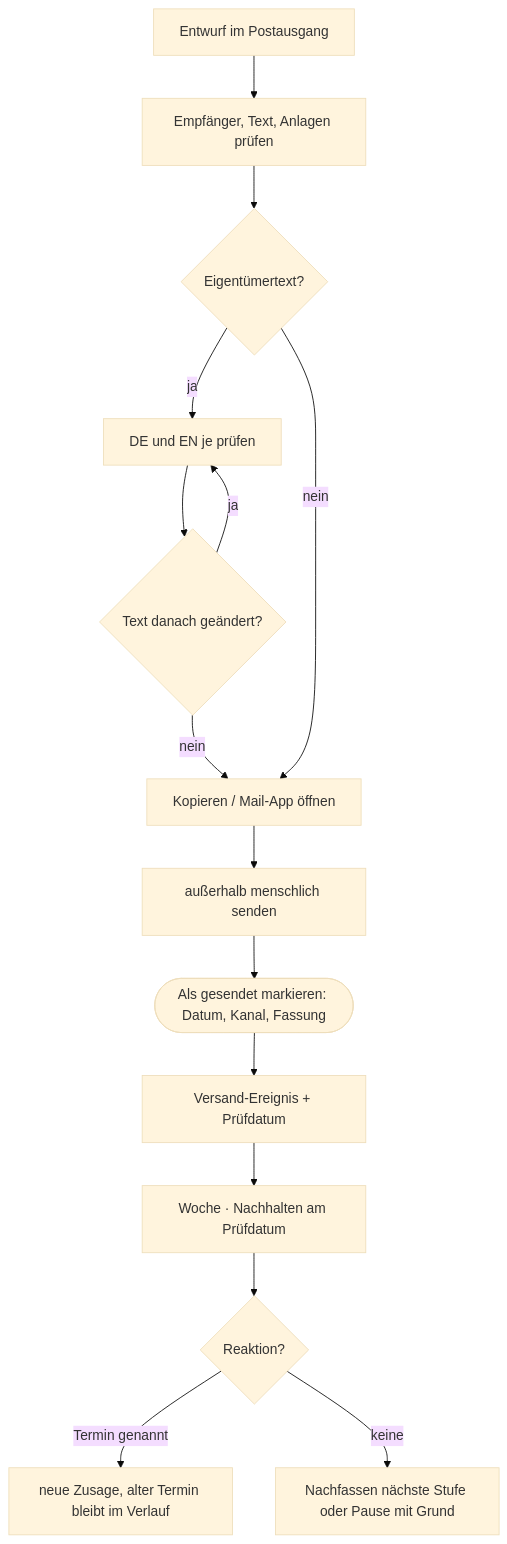
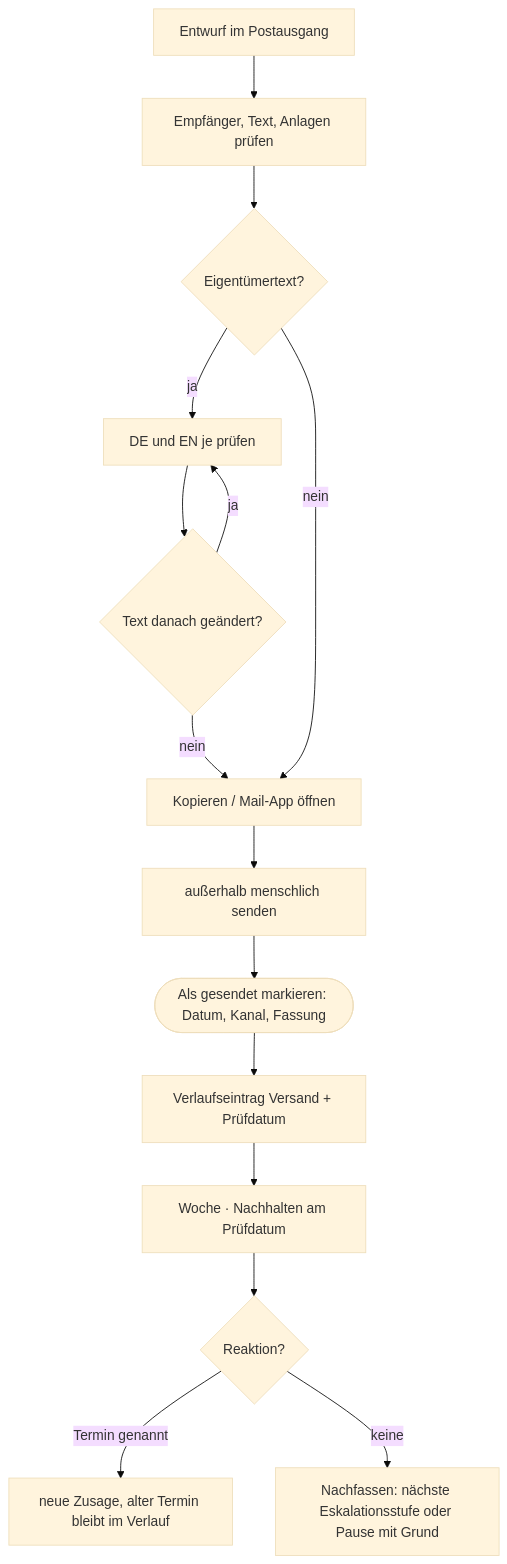
The diagram in docs/design/user-flows/FLOW-05 - Senden, dokumentieren und nachhalten.md (Luis85/weg-manager), drawn with Mermaid (base theme) before and after one commit. The commit also changed other lines of this file and 395 other files, not shown here.

````diff
--- a/docs/design/user-flows/FLOW-05 - Senden, dokumentieren und nachhalten.md
+++ b/docs/design/user-flows/FLOW-05 - Senden, dokumentieren und nachhalten.md
@@ -22,17 +22,17 @@
 ```mermaid
 flowchart TD
   A[Entwurf im Postausgang] --> B[Empfänger, Text, Anlagen prüfen]
   B --> C{Eigentümertext?}
   C -- ja --> D[DE und EN je prüfen]
   D --> D1{Text danach geändert?}
   D1 -- ja --> D
   D1 -- nein --> E
   C -- nein --> E[Kopieren / Mail-App öffnen]
   E --> F[außerhalb menschlich senden]
   F --> G([Als gesendet markieren: Datum, Kanal, Fassung])
-  G --> H[Versand-Ereignis + Prüfdatum]
+  G --> H[Verlaufseintrag Versand + Prüfdatum]
   H --> I[Woche · Nachhalten am Prüfdatum]
   I --> J{Reaktion?}
   J -- Termin genannt --> K[neue Zusage, alter Termin bleibt im Verlauf]
-  J -- keine --> L[Nachfassen nächste Stufe oder Pause mit Grund]
+  J -- keine --> L[Nachfassen: nächste Eskalationsstufe oder Pause mit Grund]
 ```
````
